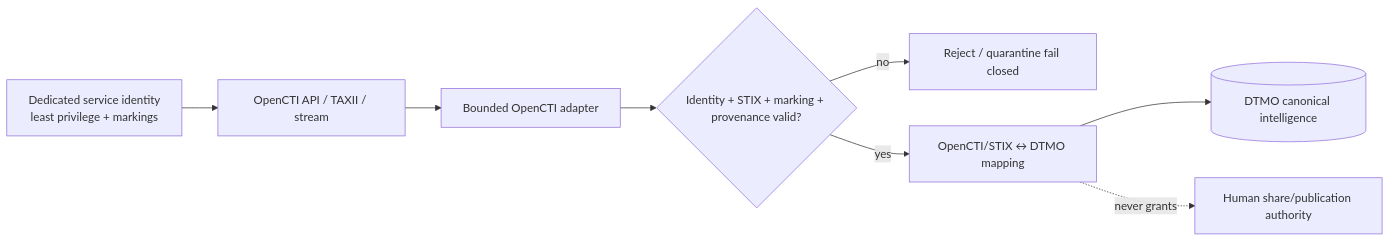
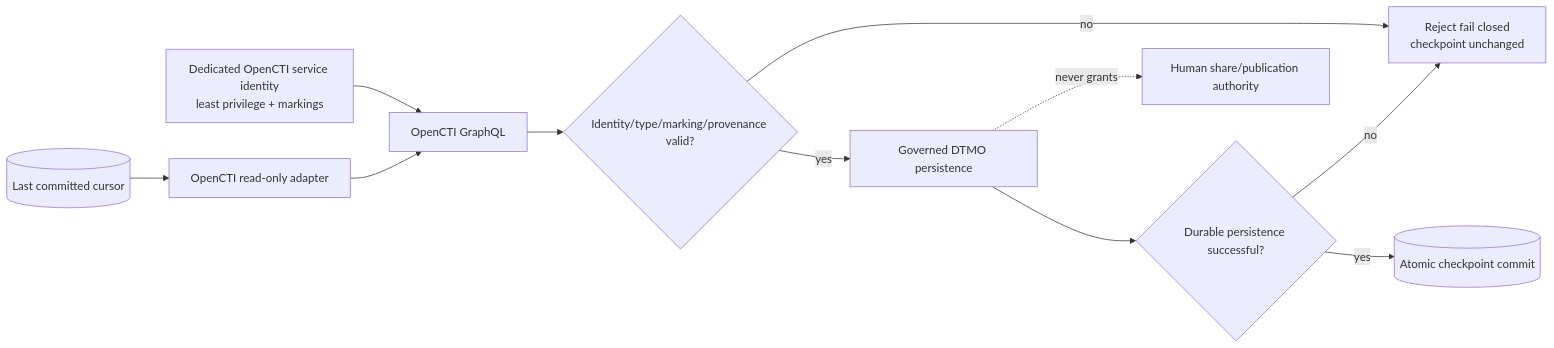
One commit to GJvManen/dtmo changed the diagram in docs/project/CURRENT_STATE.md. Above: the diagram before and after it, drawn with Mermaid. The commit also changed other lines of this file, not shown here.

Commit message:
Phase 11.4: advance current state to OpenCTI adapter validation

````diff
--- a/docs/project/CURRENT_STATE.md
+++ b/docs/project/CURRENT_STATE.md
@@ -50,10 +51,13 @@
 ```mermaid
 flowchart LR
-    O[OpenCTI API / TAXII / stream] --> A[Bounded OpenCTI adapter]
-    I[Dedicated service identity\nleast privilege + markings] --> O
-    A --> V{Identity + STIX + marking + provenance valid?}
-    V -->|no| X[Reject / quarantine fail closed]
-    V -->|yes| M[OpenCTI/STIX ↔ DTMO mapping]
-    M --> D[(DTMO canonical intelligence)]
-    M -. never grants .-> S[Human share/publication authority]
+    C[(Last committed cursor)] --> A[OpenCTI read-only adapter]
+    I[Dedicated OpenCTI service identity\nleast privilege + markings] --> O[OpenCTI GraphQL]
+    A --> O
+    O --> V{Identity/type/marking/provenance valid?}
+    V -->|no| X[Reject fail closed\ncheckpoint unchanged]
+    V -->|yes| P[Governed DTMO persistence]
+    P --> K{Durable persistence successful?}
+    K -->|no| X
+    K -->|yes| N[(Atomic checkpoint commit)]
+    P -. never grants .-> S[Human share/publication authority]
 ```
````
